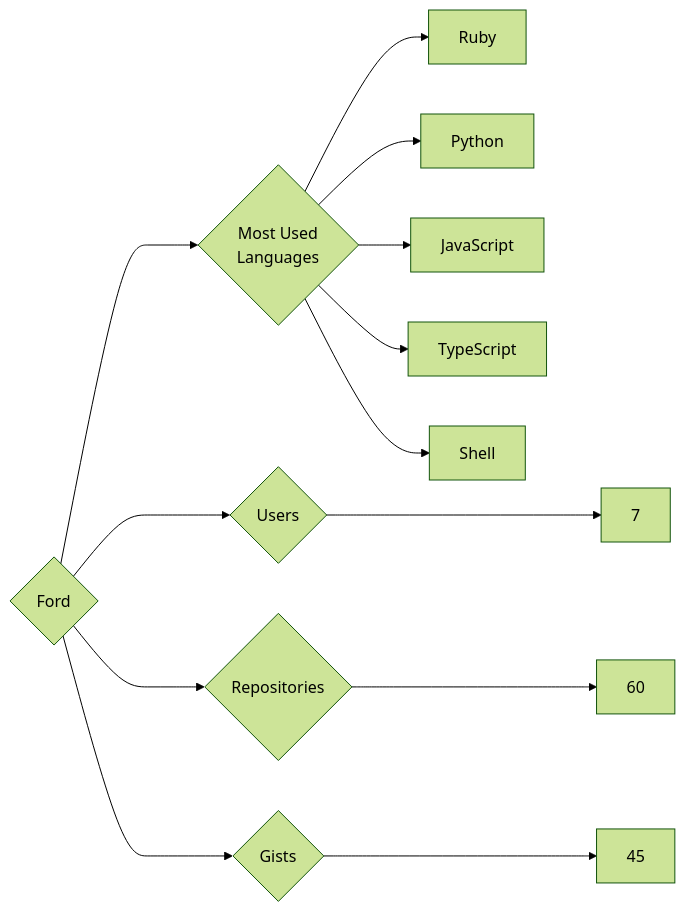
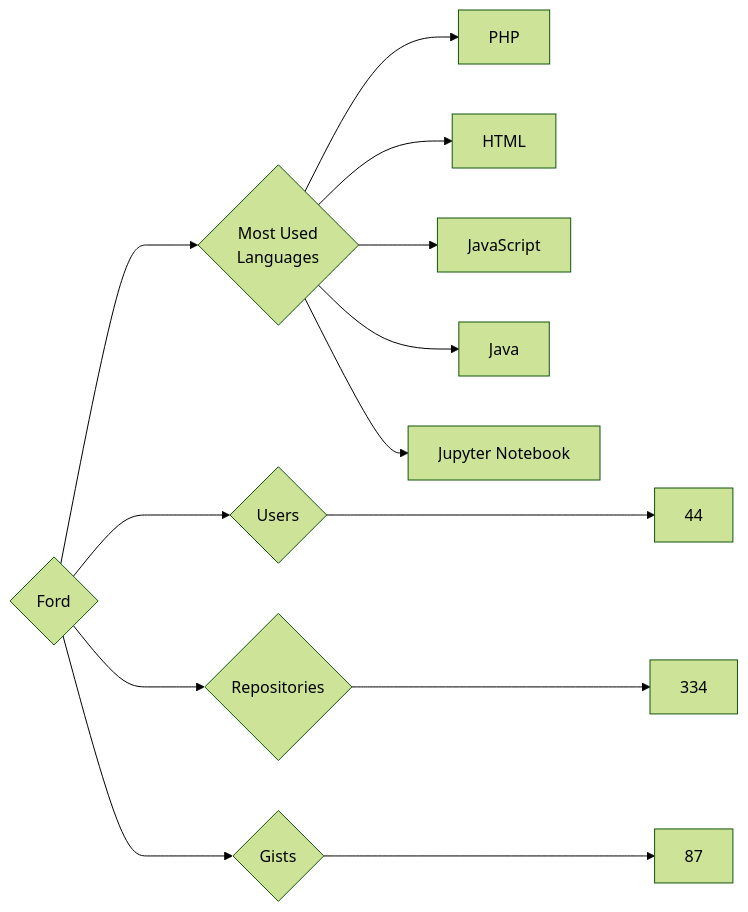
The diagram in targets/Ford/README.md (trickest/insiders), drawn with Mermaid (forest theme) before and after one commit. The commit also changed 594 other files, not shown here.

````diff
--- a/targets/Ford/README.md
+++ b/targets/Ford/README.md
@@ -3,13 +3,13 @@
 ```mermaid
 graph LR
 COMPANY_NAME{Ford}
-COMPANY_NAME ---> U{Users} ---> UN[7]
-COMPANY_NAME ---> R{Repositories} ---> RN[60]
-COMPANY_NAME ---> G{Gists} ---> GN[45]
+COMPANY_NAME ---> U{Users} ---> UN[44]
+COMPANY_NAME ---> R{Repositories} ---> RN[334]
+COMPANY_NAME ---> G{Gists} ---> GN[87]
 COMPANY_NAME ---> ML{Most Used<br>Languages}
-ML --> Ruby[Ruby]
-ML --> Python[Python]
+ML --> PHP[PHP]
+ML --> HTML[HTML]
 ML --> JavaScript[JavaScript]
-ML --> TypeScript[TypeScript]
-ML --> Shell[Shell]
+ML --> Java[Java]
+ML --> Jupyter_Notebook[Jupyter Notebook]
 ```
````
